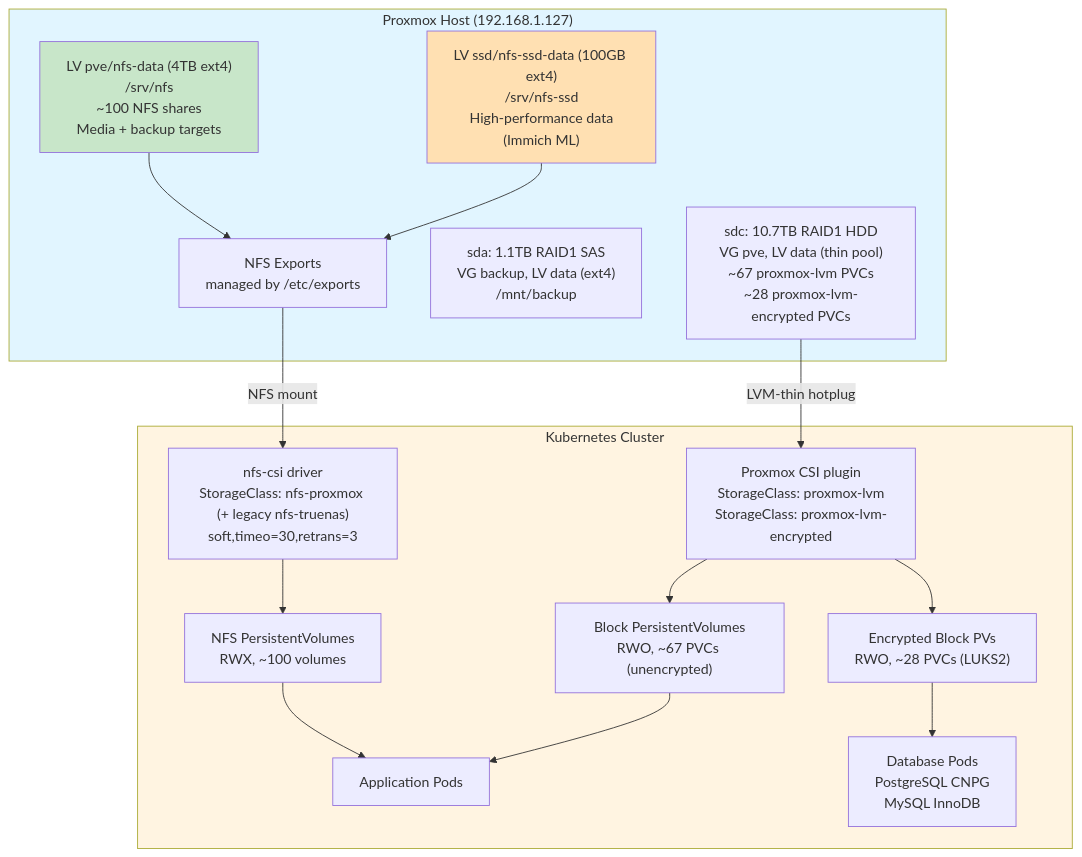
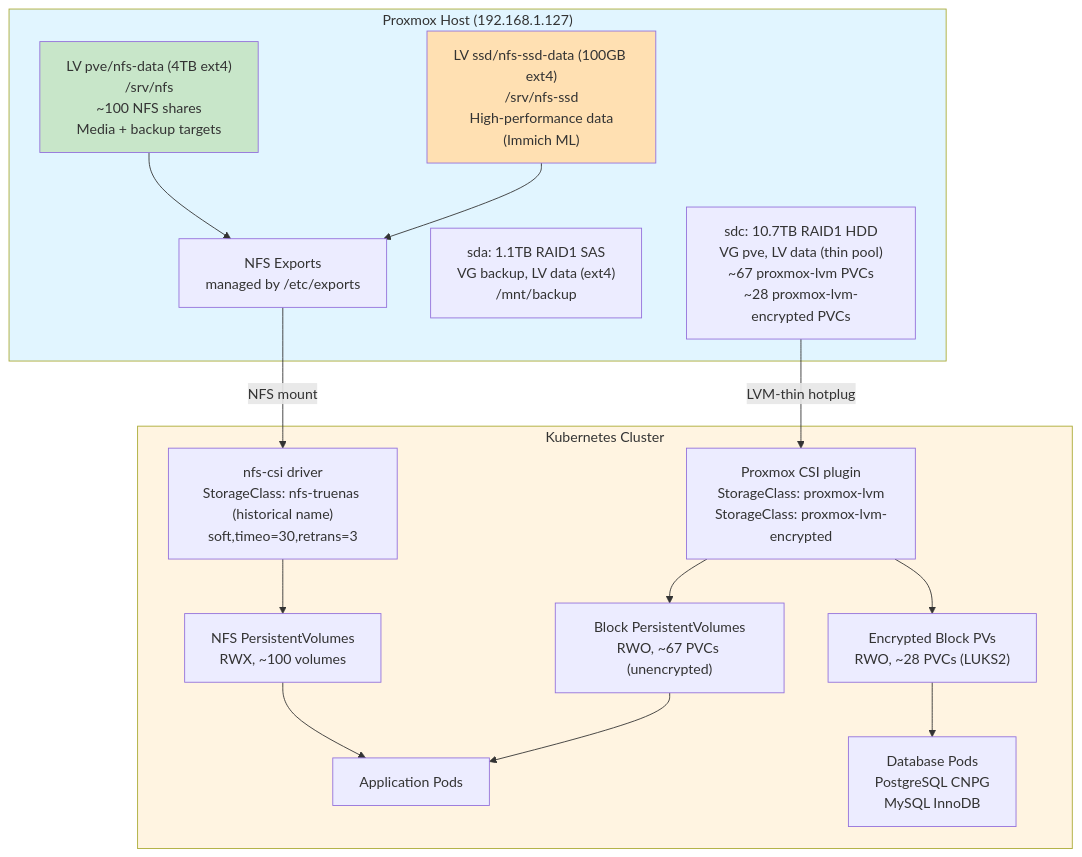
One commit to ViktorBarzin/infra changed the diagram in docs/architecture/storage.md. Above: the diagram before and after it, drawn with Mermaid. The commit also changed other lines of this file and 2 other files, not shown here.

First line of the commit message:
docs: sync compute/storage/proxmox-inventory with live state (memory audit) [ci skip]

````diff
--- a/docs/architecture/storage.md
+++ b/docs/architecture/storage.md
@@ -37,40 +37,40 @@
 ```mermaid
 graph TB
     subgraph Proxmox["Proxmox Host (192.168.1.127)"]
         sdc["sdc: 10.7TB RAID1 HDD<br/>VG pve, LV data (thin pool)<br/>~67 proxmox-lvm PVCs<br/>~28 proxmox-lvm-encrypted PVCs"]
         sda["sda: 1.1TB RAID1 SAS<br/>VG backup, LV data (ext4)<br/>/mnt/backup"]
         NFS_HDD["LV pve/nfs-data (4TB ext4)<br/>/srv/nfs<br/>~100 NFS shares<br/>Media + backup targets"]
         NFS_SSD["LV ssd/nfs-ssd-data (100GB ext4)<br/>/srv/nfs-ssd<br/>High-performance data<br/>(Immich ML)"]
         NFS_Exports["NFS Exports<br/>managed by /etc/exports"]
         NFS_HDD --> NFS_Exports
         NFS_SSD --> NFS_Exports
     end
 
     subgraph K8s["Kubernetes Cluster"]
-        CSI_NFS["nfs-csi driver<br/>StorageClass: nfs-proxmox (+ legacy nfs-truenas)<br/>soft,timeo=30,retrans=3"]
+        CSI_NFS["nfs-csi driver<br/>StorageClass: nfs-truenas (historical name)<br/>soft,timeo=30,retrans=3"]
         CSI_PVE["Proxmox CSI plugin<br/>StorageClass: proxmox-lvm<br/>StorageClass: proxmox-lvm-encrypted"]
 
         NFS_PV["NFS PersistentVolumes<br/>RWX, ~100 volumes"]
         Block_PV["Block PersistentVolumes<br/>RWO, ~67 PVCs (unencrypted)"]
         Enc_PV["Encrypted Block PVs<br/>RWO, ~28 PVCs (LUKS2)"]
 
         Pods["Application Pods"]
         DBPods["Database Pods<br/>PostgreSQL CNPG<br/>MySQL InnoDB"]
     end
 
     NFS_Exports -->|NFS mount| CSI_NFS
     sdc -->|LVM-thin hotplug| CSI_PVE
 
     CSI_NFS --> NFS_PV
     CSI_PVE --> Block_PV
     CSI_PVE --> Enc_PV
 
     NFS_PV --> Pods
     Block_PV --> Pods
     Enc_PV --> DBPods
 
     style Proxmox fill:#e1f5ff
     style K8s fill:#fff4e1
     style NFS_HDD fill:#c8e6c9
     style NFS_SSD fill:#ffe0b2
 ```
````
